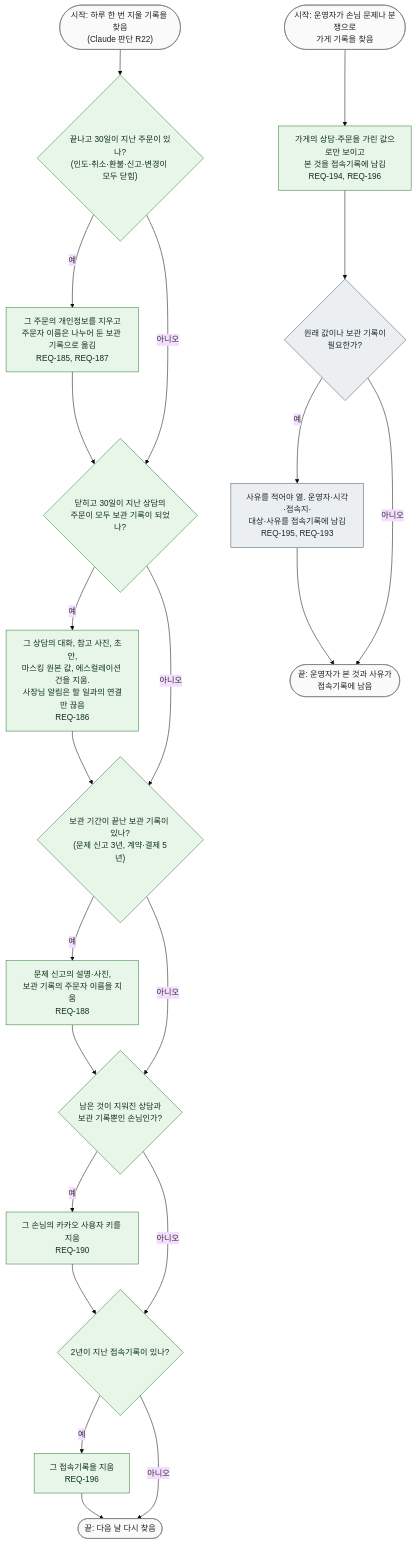
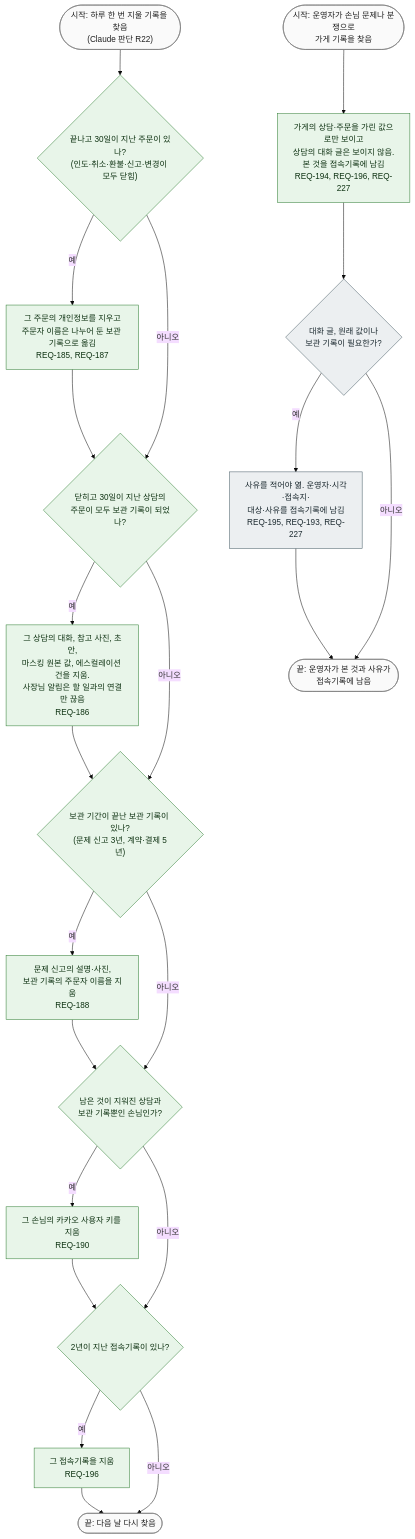
The diagram in docs/03-user-flow/FL-014-delete-old-records.md (kodonghui/siljang.ai), drawn with Mermaid (base theme) before and after one commit. The commit also changed other lines of this file and 4 other files, not shown here.

````diff
--- a/docs/03-user-flow/FL-014-delete-old-records.md
+++ b/docs/03-user-flow/FL-014-delete-old-records.md
@@ -20,42 +20,42 @@
 ```mermaid
 flowchart TD
   S(["시작: 하루 한 번 지울 기록을 찾음<br/>(Claude 판단 R22)"])
   D1{"끝나고 30일이 지난 주문이 있나?<br/>(인도·취소·환불·신고·변경이 모두 닫힘)"}
   K1["그 주문의 개인정보를 지우고<br/>주문자 이름은 나누어 둔 보관 기록으로 옮김<br/>REQ-185, REQ-187"]
   D2{"닫히고 30일이 지난 상담의<br/>주문이 모두 보관 기록이 되었나?"}
   K2["그 상담의 대화, 참고 사진, 초안,<br/>마스킹 원본 값, 에스컬레이션 건을 지움.<br/>사장님 알림은 할 일과의 연결만 끊음<br/>REQ-186"]
   D3{"보관 기간이 끝난 보관 기록이 있나?<br/>(문제 신고 3년, 계약·결제 5년)"}
   K3["문제 신고의 설명·사진,<br/>보관 기록의 주문자 이름을 지움<br/>REQ-188"]
   D4{"남은 것이 지워진 상담과<br/>보관 기록뿐인 손님인가?"}
   K4["그 손님의 카카오 사용자 키를 지움<br/>REQ-190"]
   D5{"2년이 지난 접속기록이 있나?"}
   K5["그 접속기록을 지움<br/>REQ-196"]
   E1(["끝: 다음 날 다시 찾음"])
   S2(["시작: 운영자가 손님 문제나 분쟁으로<br/>가게 기록을 찾음"])
-  O1["가게의 상담·주문을 가린 값으로만 보이고<br/>본 것을 접속기록에 남김<br/>REQ-194, REQ-196"]
-  D6{"원래 값이나 보관 기록이<br/>필요한가?"}
-  O2["사유를 적어야 엶. 운영자·시각·접속지·<br/>대상·사유를 접속기록에 남김<br/>REQ-195, REQ-193"]
+  O1["가게의 상담·주문을 가린 값으로만 보이고<br/>상담의 대화 글은 보이지 않음.<br/>본 것을 접속기록에 남김<br/>REQ-194, REQ-196, REQ-227"]
+  D6{"대화 글, 원래 값이나<br/>보관 기록이 필요한가?"}
+  O2["사유를 적어야 엶. 운영자·시각·접속지·<br/>대상·사유를 접속기록에 남김<br/>REQ-195, REQ-193, REQ-227"]
   E2(["끝: 운영자가 본 것과 사유가<br/>접속기록에 남음"])
 
   S --> D1
   D1 -->|"예"| K1 --> D2
   D1 -->|"아니오"| D2
   D2 -->|"예"| K2 --> D3
   D2 -->|"아니오"| D3
   D3 -->|"예"| K3 --> D4
   D3 -->|"아니오"| D4
   D4 -->|"예"| K4 --> D5
   D4 -->|"아니오"| D5
   D5 -->|"예"| K5 --> E1
   D5 -->|"아니오"| E1
   S2 --> O1 --> D6
   D6 -->|"예"| O2 --> E2
   D6 -->|"아니오"| E2
 
   classDef op fill:#eceff1,stroke:#455a64,color:#1c2a30
   classDef svc fill:#e8f5e9,stroke:#2e7d32,color:#0f3313
   classDef term fill:#fafafa,stroke:#757575,color:#212121
   class D1,K1,D2,K2,D3,K3,D4,K4,D5,K5,O1 svc
   class D6,O2 op
   class S,E1,S2,E2 term
 ```
````
